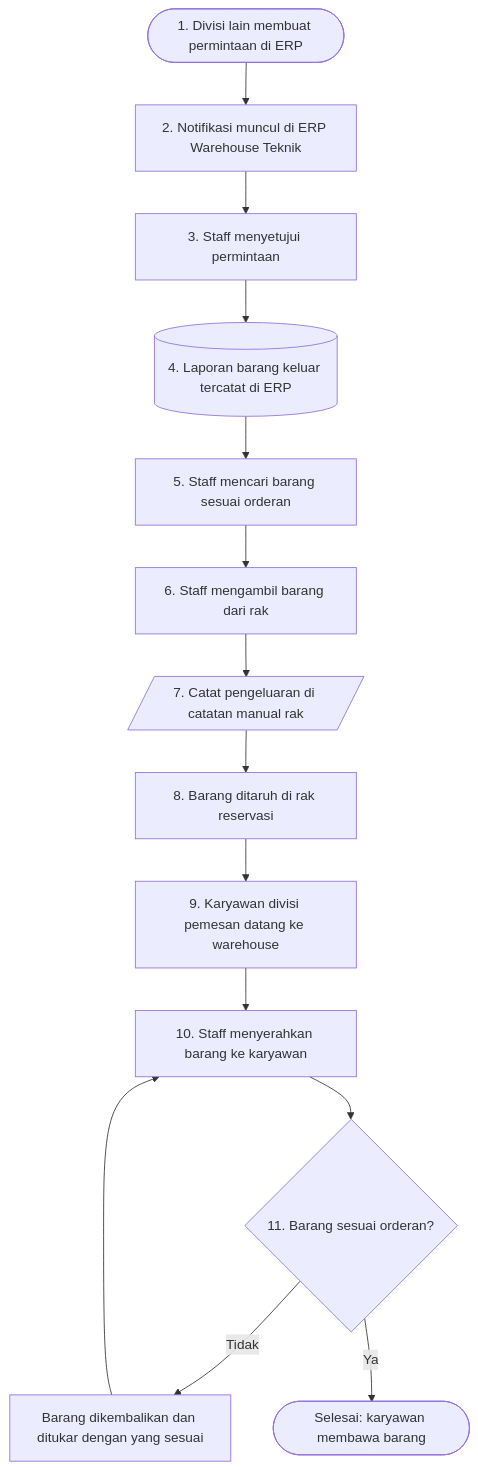
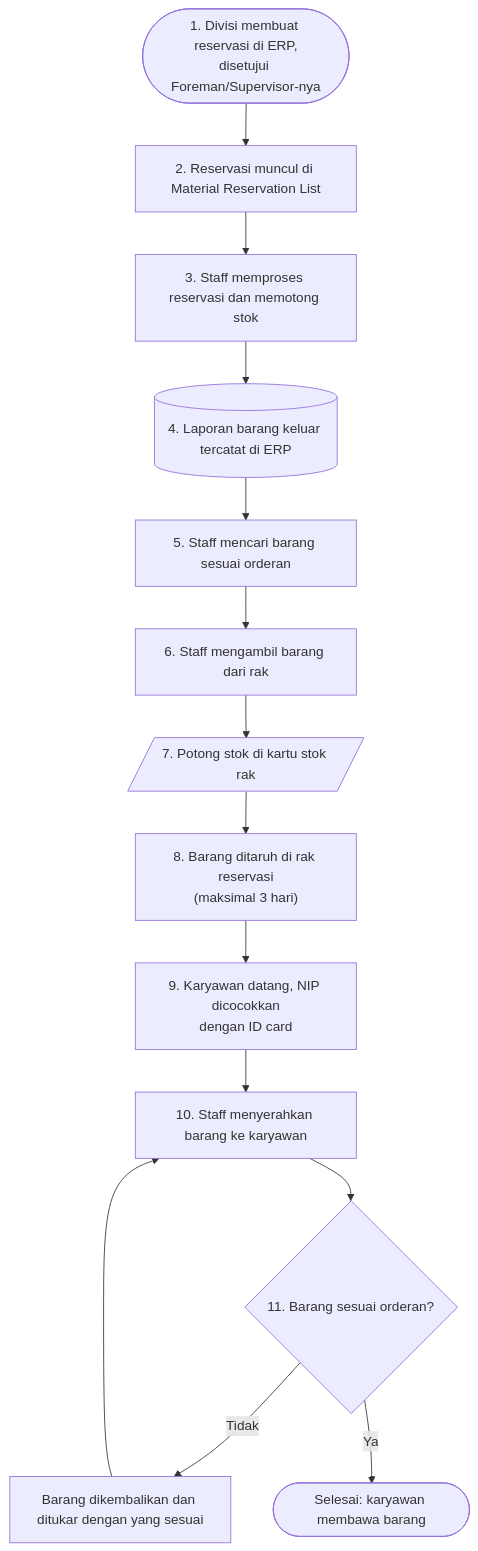
One commit to Hwarinn66/WareHouse changed the diagram in docs/alur-kerja/barang-keluar.md. Above: the diagram before and after it, drawn with Mermaid. The commit also changed other lines of this file and 23 other files, not shown here.

First line of the commit message:
Selaraskan SOP dan materi dengan instruksi kerja Gudang Teknik dan prosedur write off

````diff
--- a/docs/alur-kerja/barang-keluar.md
+++ b/docs/alur-kerja/barang-keluar.md
@@ -18,18 +18,18 @@
 ```mermaid
 flowchart TD
   accTitle: Flowchart alur barang keluar
-  accDescr: 1 divisi lain membuat permintaan di ERP, 2 notifikasi muncul di ERP Warehouse Teknik, 3 staff menyetujui, 4 laporan barang keluar tercatat di ERP, 5 staff mencari barang, 6 mengambil barang, 7 mencatat di catatan manual rak, 8 menaruh barang di rak reservasi, 9 karyawan divisi pemesan datang, 10 staff menyerahkan barang, 11 karyawan mengecek barang. Jika tidak sesuai, barang ditukar lalu diserahkan lagi. Jika sesuai, karyawan membawa barang.
-  L1(["1. Divisi lain membuat permintaan di ERP"]):::divisi --> L2["2. Notifikasi muncul di ERP Warehouse Teknik"]:::sistem
-  L2 --> L3["3. Staff menyetujui permintaan"]:::staff
+  accDescr: 1 divisi lain membuat reservasi di ERP yang disetujui Foreman atau Supervisornya, 2 reservasi muncul di Material Reservation List, 3 staff memproses reservasi dan memotong stok, 4 laporan barang keluar tercatat di ERP, 5 staff mencari barang, 6 mengambil barang, 7 mencatat di catatan manual rak, 8 menaruh barang di rak reservasi, 9 karyawan divisi pemesan datang dan NIP-nya dicocokkan, 10 staff menyerahkan barang, 11 karyawan mengecek barang. Jika tidak sesuai, barang ditukar lalu diserahkan lagi. Jika sesuai, karyawan membawa barang.
+  L1(["1. Divisi membuat reservasi di ERP,<br/>disetujui Foreman/Supervisor-nya"]):::divisi --> L2["2. Reservasi muncul di Material Reservation List"]:::sistem
+  L2 --> L3["3. Staff memproses reservasi dan memotong stok"]:::staff
   L3 --> L4[("4. Laporan barang keluar tercatat di ERP")]:::sistem
   L4 --> L5["5. Staff mencari barang sesuai orderan"]:::staff
   L5 --> L6["6. Staff mengambil barang dari rak"]:::staff
-  L6 --> L7[/"7. Catat pengeluaran di catatan manual rak"/]:::dokumen
-  L7 --> L8["8. Barang ditaruh di rak reservasi"]:::staff
-  L8 --> L9["9. Karyawan divisi pemesan datang ke warehouse"]:::divisi
+  L6 --> L7[/"7. Potong stok di kartu stok rak"/]:::dokumen
+  L7 --> L8["8. Barang ditaruh di rak reservasi<br/>(maksimal 3 hari)"]:::staff
+  L8 --> L9["9. Karyawan datang, NIP dicocokkan<br/>dengan ID card"]:::divisi
   L9 --> L10["10. Staff menyerahkan barang ke karyawan"]:::staff
   L10 --> L11{"11. Barang sesuai orderan?"}:::cek
   L11 -- Tidak --> T11["Barang dikembalikan dan ditukar dengan yang sesuai"]:::tolak
   T11 --> L10
   L11 -- Ya --> SELESAI(["Selesai: karyawan membawa barang"]):::selesai
 ```
````
